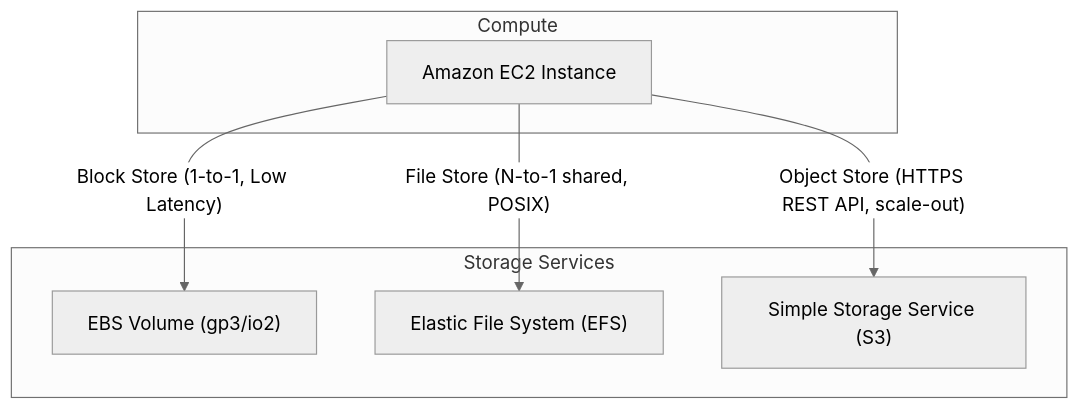
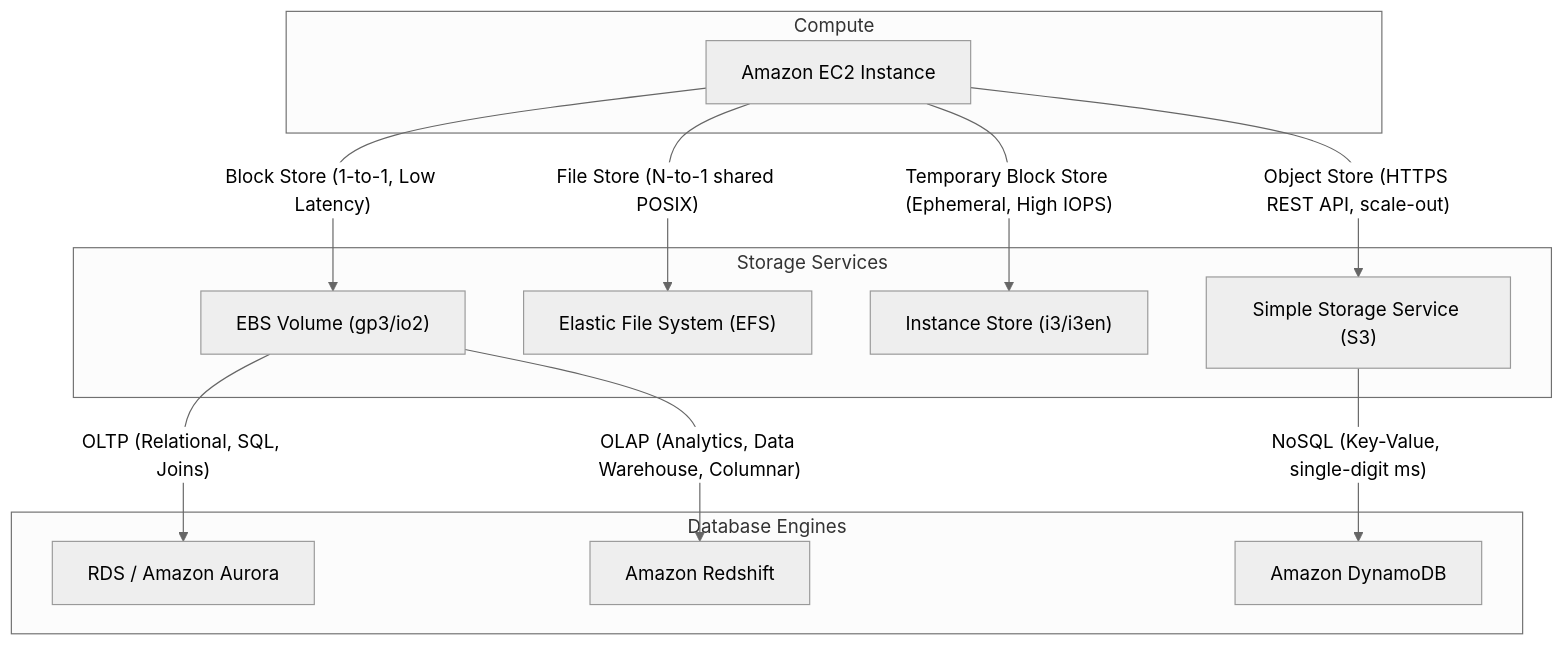
One commit to kmashour/BrainDump changed the diagram in Reference Notes/3-2_aws_compute_and_storage_services.md. Above: the diagram before and after it, drawn with Mermaid (neutral theme). The commit also changed other lines of this file and 152 other files, not shown here.

````diff
--- a/Reference Notes/3-2_aws_compute_and_storage_services.md
+++ b/Reference Notes/3-2_aws_compute_and_storage_services.md
@@ -15,12 +15,19 @@
 ```mermaid
 graph TD
     subgraph Compute
         EC2["Amazon EC2 Instance"]
     end
 
     subgraph StorageOptions["Storage Services"]
         EC2 -->|"Block Store (1-to-1, Low Latency)"| EBS["EBS Volume (gp3/io2)"]
-        EC2 -->|"File Store (N-to-1 shared, POSIX)"| EFS["Elastic File System (EFS)"]
+        EC2 -->|"File Store (N-to-1 shared POSIX)"| EFS["Elastic File System (EFS)"]
+        EC2 -->|"Temporary Block Store (Ephemeral, High IOPS)"| InstStore["Instance Store (i3/i3en)"]
         EC2 -->|"Object Store (HTTPS REST API, scale-out)"| S3["Simple Storage Service (S3)"]
     end
+    
+    subgraph Databases["Database Engines"]
+        EBS -->|"OLTP (Relational, SQL, Joins)"| RDS["RDS / Amazon Aurora"]
+        EBS -->|"OLAP (Analytics, Data Warehouse, Columnar)"| Redshift["Amazon Redshift"]
+        S3 -->|"NoSQL (Key-Value, single-digit ms)"| DynamoDB["Amazon DynamoDB"]
+    end
 ```
````
